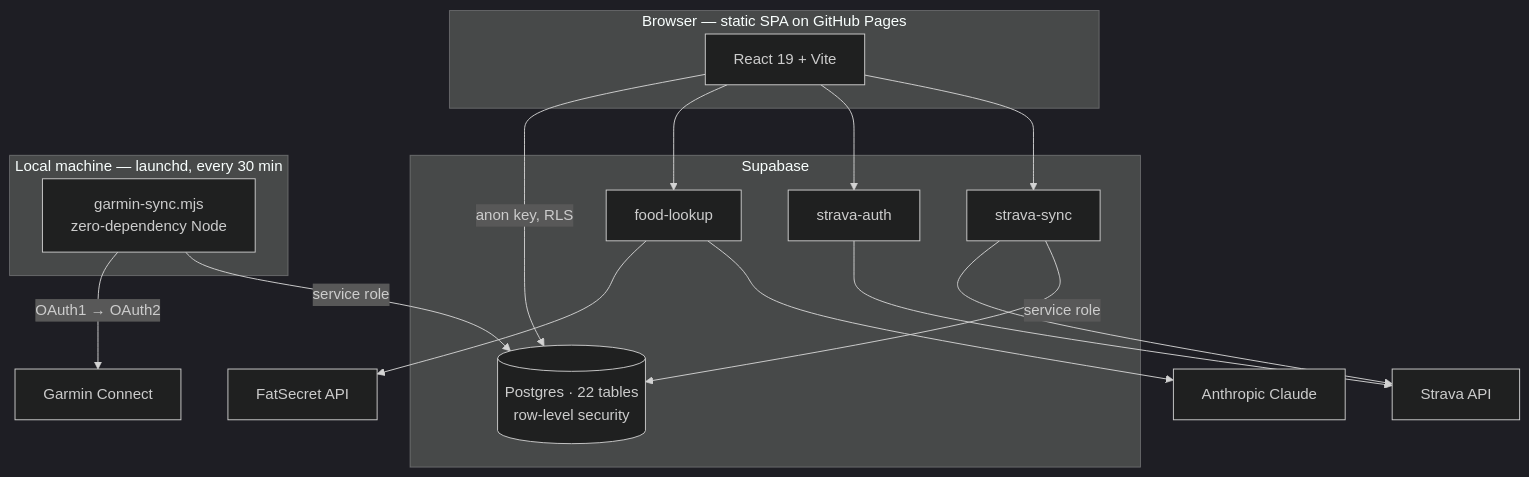
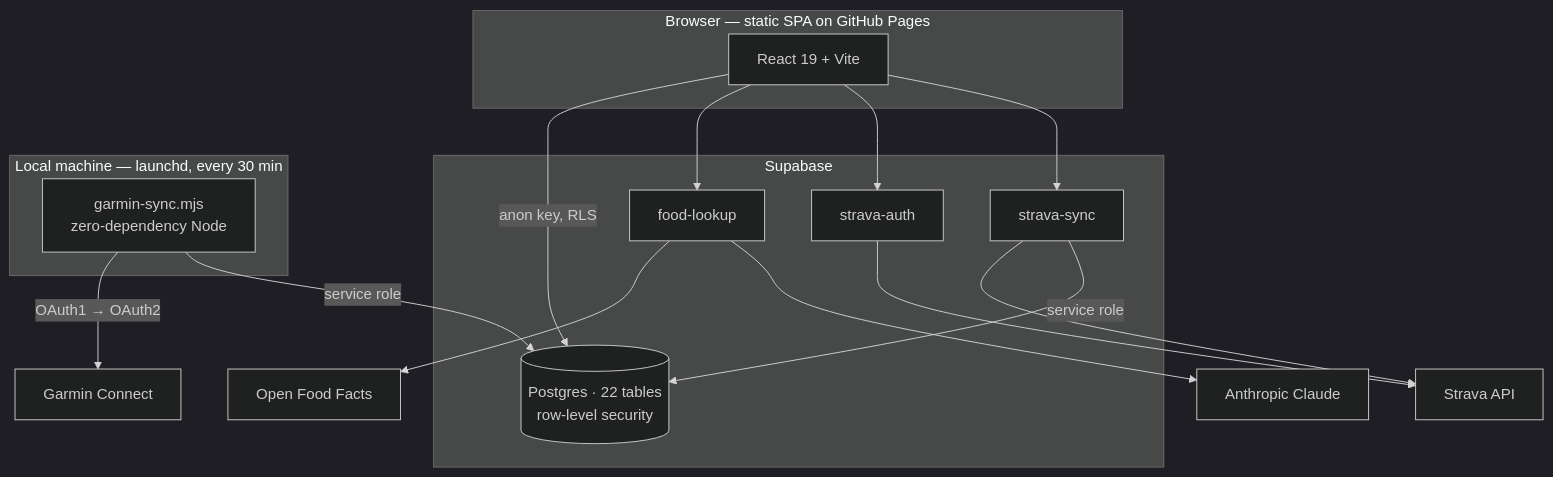
One commit to AdrianAdem/athlete-dashboard changed the diagram in README.md. Above: the diagram before and after it, drawn with Mermaid (dark theme). The commit also changed other lines of this file and 9 other files, not shown here.

First line of the commit message:
feat(nutrition): switch to Open Food Facts and fix the food entry flow

````diff
--- a/README.md
+++ b/README.md
@@ -78,34 +78,34 @@
 ```mermaid
 flowchart TB
     subgraph client["Browser — static SPA on GitHub Pages"]
         UI[React 19 + Vite]
     end
 
     subgraph supabase["Supabase"]
         DB[("Postgres · 22 tables<br/>row-level security")]
         EF1[food-lookup]
         EF2[strava-auth]
         EF3[strava-sync]
     end
 
     subgraph local["Local machine — launchd, every 30 min"]
         SYNC["garmin-sync.mjs<br/>zero-dependency Node"]
     end
 
-    FS[FatSecret API]
+    FS[Open Food Facts]
     AN[Anthropic Claude]
     ST[Strava API]
     GA[Garmin Connect]
 
     UI -->|anon key, RLS| DB
     UI --> EF1
     UI --> EF2
     UI --> EF3
     EF1 --> FS
     EF1 --> AN
     EF2 --> ST
     EF3 --> ST
     EF3 -->|service role| DB
     SYNC -->|"OAuth1 → OAuth2"| GA
     SYNC -->|service role| DB
 ```
````
